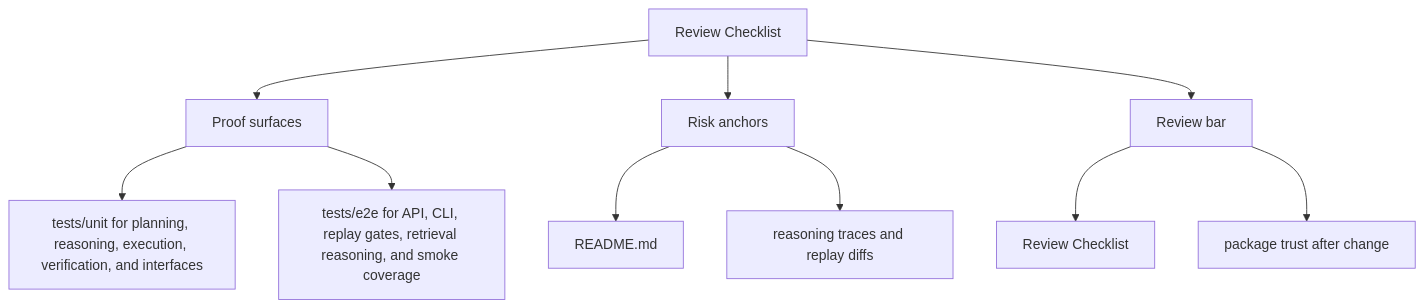
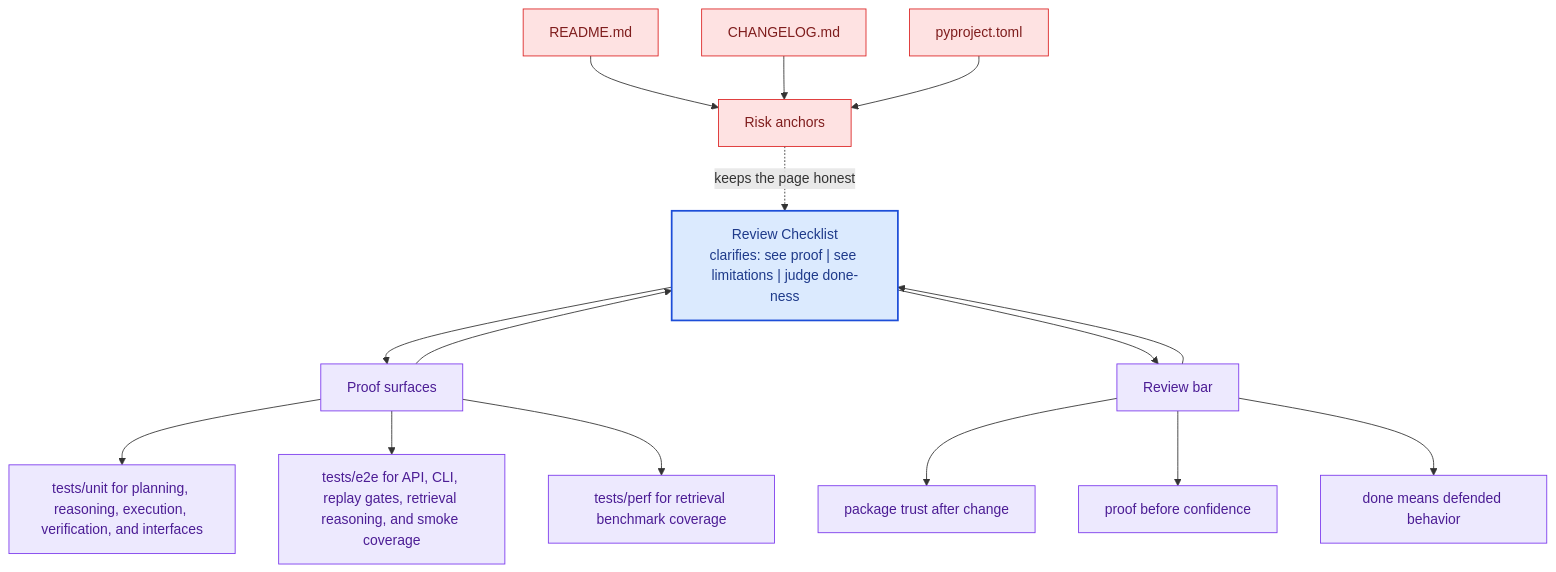
The second of 2 diagrams in docs/bijux-canon-reason/quality/review-checklist.md (bijux/bijux-canon), drawn with Mermaid before and after one commit. The commit also changed other lines of this file and 281 other files, not shown here.

Commit message:
docs(diagrams): deepen handbook mermaid maps across the catalog

````diff
--- a/docs/bijux-canon-reason/quality/review-checklist.md
+++ b/docs/bijux-canon-reason/quality/review-checklist.md
@@ -34,22 +67,41 @@
 ```mermaid
-flowchart TD
-    page["Review Checklist"]
+flowchart TB
+    promise["Review Checklist<br/>clarifies: see proof | see limitations | judge done-ness"]
+    classDef promise fill:#dbeafe,stroke:#1d4ed8,color:#1e3a8a,stroke-width:2px;
+    classDef driver fill:#dcfce7,stroke:#16a34a,color:#14532d;
+    classDef constraint fill:#fee2e2,stroke:#dc2626,color:#7f1d1d;
+    classDef ground fill:#ede9fe,stroke:#7c3aed,color:#4c1d95;
     focus1["Proof surfaces"]
-    page --> focus1
+    focus1 --> promise
+    promise --> focus1
     focus1_1["tests/unit for planning, reasoning, execution, verification, and interfaces"]
     focus1 --> focus1_1
     focus1_2["tests/e2e for API, CLI, replay gates, retrieval reasoning, and smoke coverage"]
     focus1 --> focus1_2
+    focus1_3["tests/perf for retrieval benchmark coverage"]
+    focus1 --> focus1_3
+    class focus1 ground;
+    class focus1_1,focus1_2,focus1_3 ground;
     focus2["Risk anchors"]
-    page --> focus2
+    focus2 -.keeps the page honest.-> promise
     focus2_1["README.md"]
-    focus2 --> focus2_1
-    focus2_2["reasoning traces and replay diffs"]
-    focus2 --> focus2_2
+    focus2_1 --> focus2
+    focus2_2["CHANGELOG.md"]
+    focus2_2 --> focus2
+    focus2_3["pyproject.toml"]
+    focus2_3 --> focus2
+    class focus2 constraint;
+    class focus2_1,focus2_2,focus2_3 constraint;
     focus3["Review bar"]
-    page --> focus3
-    focus3_1["Review Checklist"]
+    focus3 --> promise
+    promise --> focus3
+    focus3_1["package trust after change"]
     focus3 --> focus3_1
-    focus3_2["package trust after change"]
+    focus3_2["proof before confidence"]
     focus3 --> focus3_2
+    focus3_3["done means defended behavior"]
+    focus3 --> focus3_3
+    class focus3 ground;
+    class focus3_1,focus3_2,focus3_3 ground;
+    class promise promise;
 ```
````
